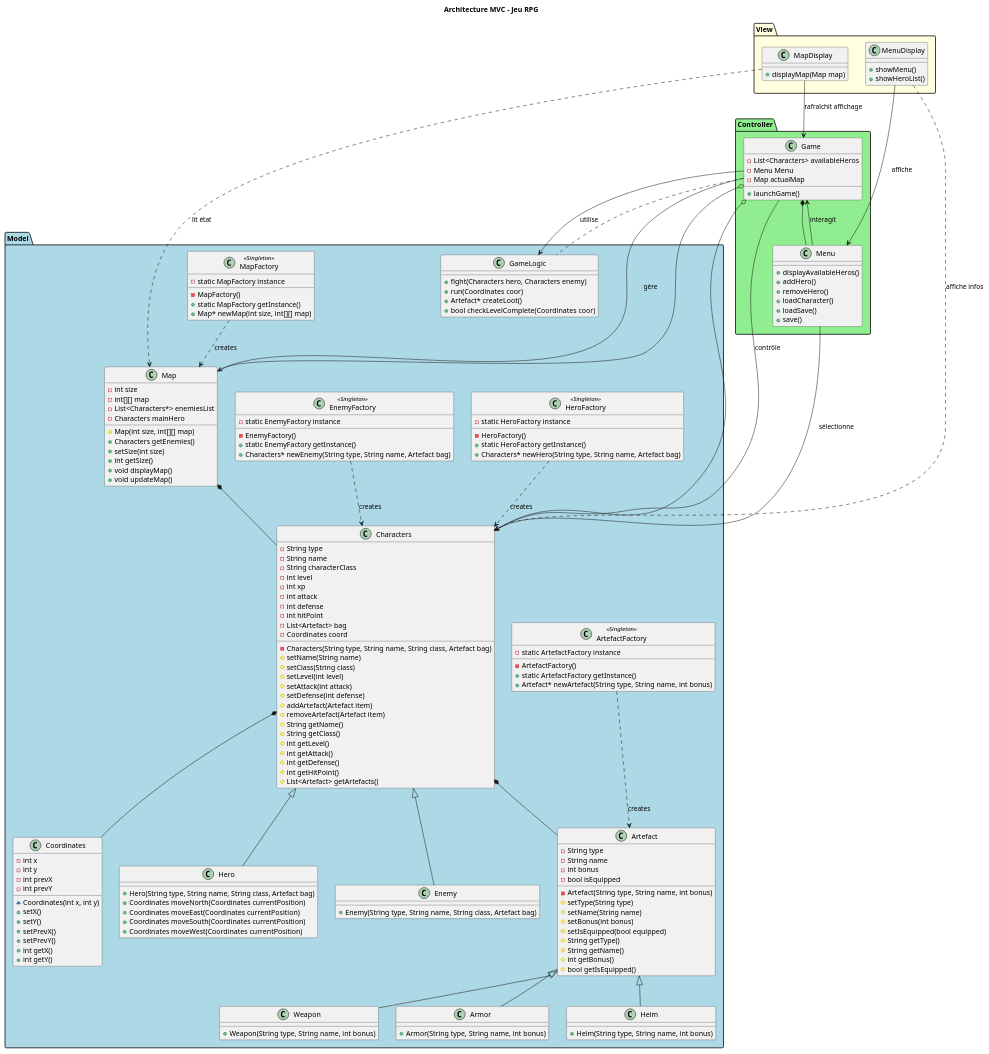
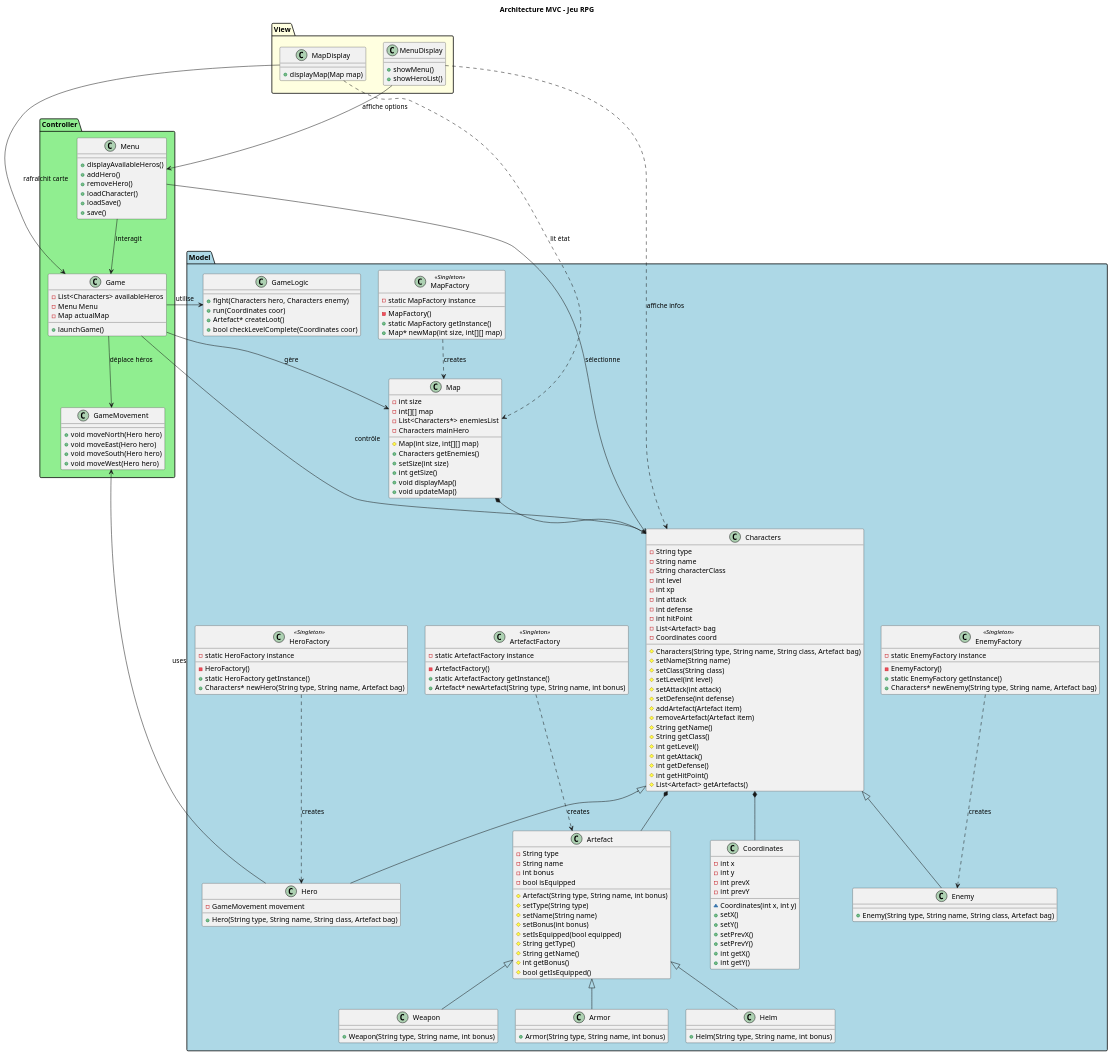
The diagram in swingy/diagrammUML.puml (cypri1-dev/swingy), drawn with PlantUML before and after one commit. The commit also changed 1 other file, not shown here.

```diff
--- a/swingy/diagrammUML.puml
+++ b/swingy/diagrammUML.puml
@@ -17,7 +17,7 @@
     -int hitPoint
     -List<Artefact> bag
     -Coordinates coord
-    -Characters(String type, String name, String class, Artefact bag)
+    #Characters(String type, String name, String class, Artefact bag)
     #setName(String name)
     #setClass(String class)
     #setLevel(int level)
@@ -35,11 +35,8 @@
   }
 
   class Hero {
+    -GameMovement movement
     +Hero(String type, String name, String class, Artefact bag)
-    +Coordinates moveNorth(Coordinates currentPosition)
-    +Coordinates moveEast(Coordinates currentPosition)
-    +Coordinates moveSouth(Coordinates currentPosition)
-    +Coordinates moveWest(Coordinates currentPosition)
   }
 
   class Enemy {
@@ -51,7 +48,7 @@
     -String name
     -int bonus
     -bool isEquipped
-    -Artefact(String type, String name, int bonus)
+    #Artefact(String type, String name, int bonus)
     #setType(String type)
     #setName(String name)
     #setBonus(int bonus)
@@ -153,6 +150,13 @@
     +loadSave()
     +save()
   }
+
+  class GameMovement {
+    +void moveNorth(Hero hero)
+    +void moveEast(Hero hero)
+    +void moveSouth(Hero hero)
+    +void moveWest(Hero hero)
+  }
 }
 
 package "View" #LightYellow {
@@ -178,19 +182,16 @@
 Artefact <|-- Helm
 Characters *-- Artefact
 Characters *-- Coordinates
-HeroFactory ..> Characters : creates
-EnemyFactory ..> Characters : creates
+HeroFactory ..> Hero : creates
+EnemyFactory ..> Enemy : creates
 ArtefactFactory ..> Artefact : creates
 MapFactory ..> Map : creates
 Map *-- Characters
-Game o-- Characters
-Game o-- Map
-Game *-- Menu
-Game .. GameLogic
+Hero --> GameMovement : uses
 
 ' --- Vue <-> Contrôleur ---
-MenuDisplay --> Menu : affiche
-MapDisplay --> Game : rafraîchit affichage
+MenuDisplay --> Menu : affiche options
+MapDisplay --> Game : rafraîchit carte
 
 ' --- Vue <-> Modèle (lecture seule) ---
 MapDisplay ..> Map : lit état
@@ -200,6 +201,7 @@
 Game --> GameLogic : utilise
 Game --> Map : gère
 Game --> Characters : contrôle
+Game --> GameMovement : déplace héros
 Menu --> Game : interagit
 Menu --> Characters : sélectionne
 
```
